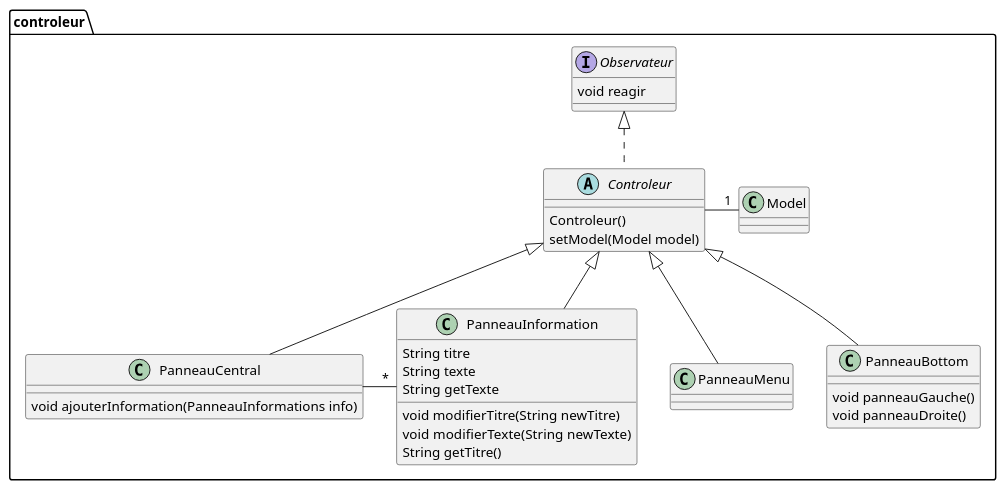
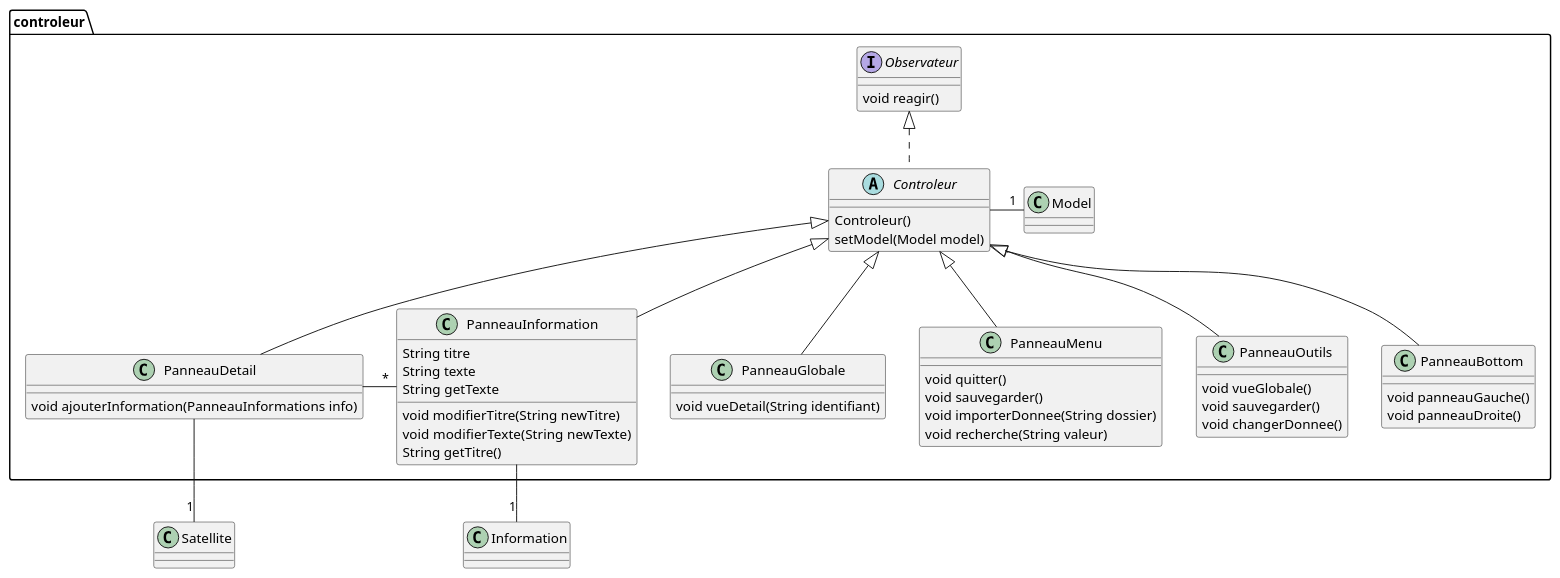
Before and after one commit to BapDiedler/collectionSatellite: the diagram in documentation/diagramme/DiagrammeControleur.puml, drawn with PlantUML. The commit also changed 1 other file, not shown here.

Commit message:
amélioration du model en diagramme

```diff
--- a/documentation/diagramme/DiagrammeControleur.puml
+++ b/documentation/diagramme/DiagrammeControleur.puml
@@ -1,42 +1,57 @@
 @startuml
 'https://plantuml.com/class-diagram
 
 package controleur{
     abstract Controleur implements Observateur{
         Controleur()
         setModel(Model model)
     }
 
     interface Observateur{
-        void reagir
+        void reagir()
+    }
+
+    class PanneauGlobale extends Controleur{
+        void vueDetail(String identifiant)
     }
 
     class Model
-    class PanneauCentral extends Controleur{
+    class PanneauDetail extends Controleur{
         void ajouterInformation(PanneauInformations info)
     }
 
     class PanneauInformation extends Controleur{
         String titre
         String texte
         void modifierTitre(String newTitre)
         void modifierTexte(String newTexte)
         String getTitre()
         String getTexte
     }
 
     class PanneauMenu extends Controleur{
+        void quitter()
+        void sauvegarder()
+        void importerDonnee(String dossier)
+        void recherche(String valeur)
+    }
 
+    class PanneauOutils extends Controleur{
+        void vueGlobale()
+        void sauvegarder()
+        void changerDonnee()
     }
 
     class PanneauBottom extends Controleur{
         void panneauGauche()
         void panneauDroite()
     }
 }
 
 
 Model "1"--left Controleur
-PanneauCentral -right-"*" PanneauInformation
+PanneauDetail -right-"*" PanneauInformation
+PanneauDetail --"1" Satellite
+PanneauInformation --"1" Information
 
 @enduml
```
